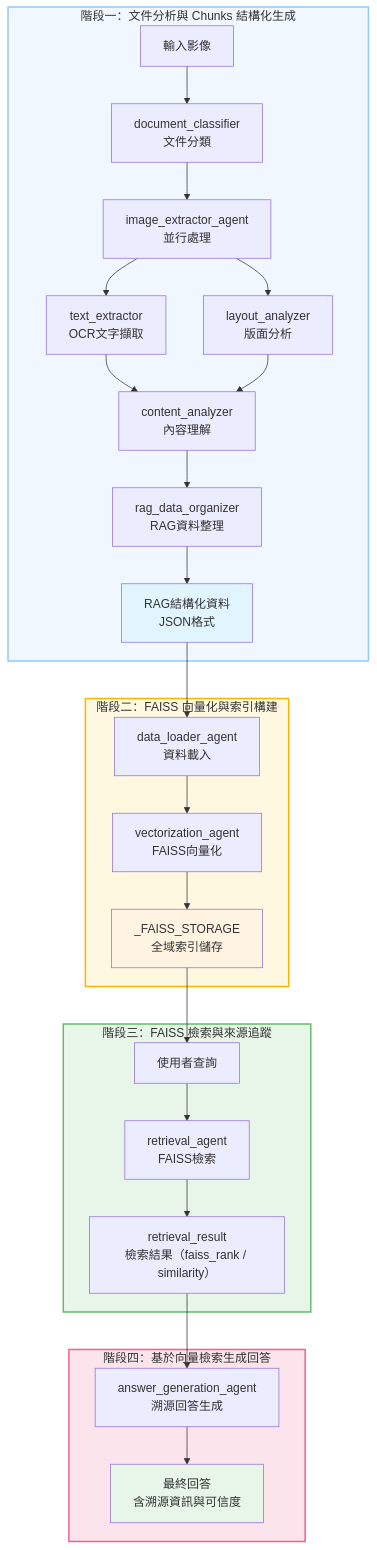
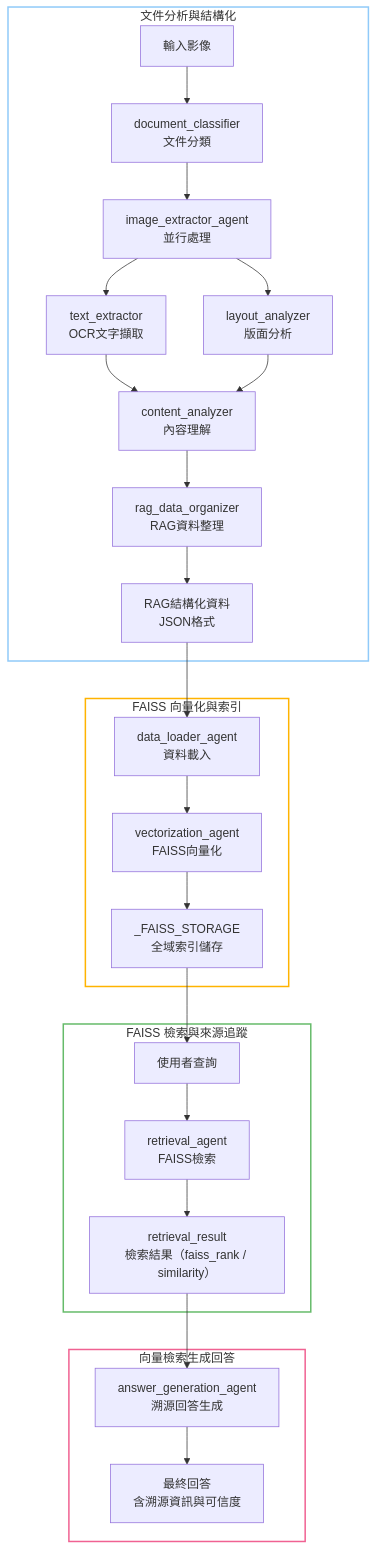
One commit to terryyangyungshun/multi-agent-rag changed the first of 2 diagrams in README.md. Above: the diagram before and after it, drawn with Mermaid. The commit also changed 10 other files, not shown here.

````diff
--- a/README.md
+++ b/README.md
@@ -74,45 +74,41 @@
 ```mermaid
 flowchart TD
 
 %% ========= PHASE 1: Document Analysis ========= %%
-subgraph P1[階段一：文件分析與 Chunks 結構化生成]
+subgraph P1[文件分析與結構化]
     A[輸入影像] --> B[document_classifier<br>文件分類]
     B --> C[image_extractor_agent<br>並行處理]
     C --> C1[text_extractor<br>OCR文字擷取]
     C --> C2[layout_analyzer<br>版面分析]
     C1 & C2 --> D[content_analyzer<br>內容理解]
     D --> E[rag_data_organizer<br>RAG資料整理]
     E --> F[RAG結構化資料<br>JSON格式]
 end
 
 %% ========= PHASE 2: Vectorization ========= %%
-subgraph P2[階段二：FAISS 向量化與索引構建]
+subgraph P2[FAISS 向量化與索引]
     F --> G[data_loader_agent<br>資料載入]
     G --> H[vectorization_agent<br>FAISS向量化]
     H --> I[_FAISS_STORAGE<br>全域索引儲存]
 end
 
 %% ========= PHASE 3: Retrieval ========= %%
-subgraph P3[階段三：FAISS 檢索與來源追蹤]
+subgraph P3[FAISS 檢索與來源追蹤]
     I --> J[使用者查詢]
     J --> K[retrieval_agent<br>FAISS檢索]
     K --> L[retrieval_result<br>檢索結果（faiss_rank / similarity）]
 end
 
 %% ========= PHASE 4: Answer Generation ========= %%
-subgraph P4[階段四：基於向量檢索生成回答]
+subgraph P4[向量檢索生成回答]
     L --> M[answer_generation_agent<br>溯源回答生成]
     M --> N[最終回答<br>含溯源資訊與可信度]
 end
 
 %% ========= STYLES ========= %%
-style P1 fill:#f0f7ff,stroke:#90caf9,stroke-width:2px
-style P2 fill:#fff8e1,stroke:#ffb300,stroke-width:2px
-style P3 fill:#e8f5e9,stroke:#66bb6a,stroke-width:2px
-style P4 fill:#fce4ec,stroke:#f06292,stroke-width:2px
-
-style F fill:#e1f5ff
-style I fill:#fff4e1
-style N fill:#e8f5e9
+style P1 fill:transparent,stroke:#90caf9,stroke-width:2px
+style P2 fill:transparent,stroke:#ffb300,stroke-width:2px
+style P3 fill:transparent,stroke:#66bb6a,stroke-width:2px
+style P4 fill:transparent,stroke:#f06292,stroke-width:2px
 
 ```
````
